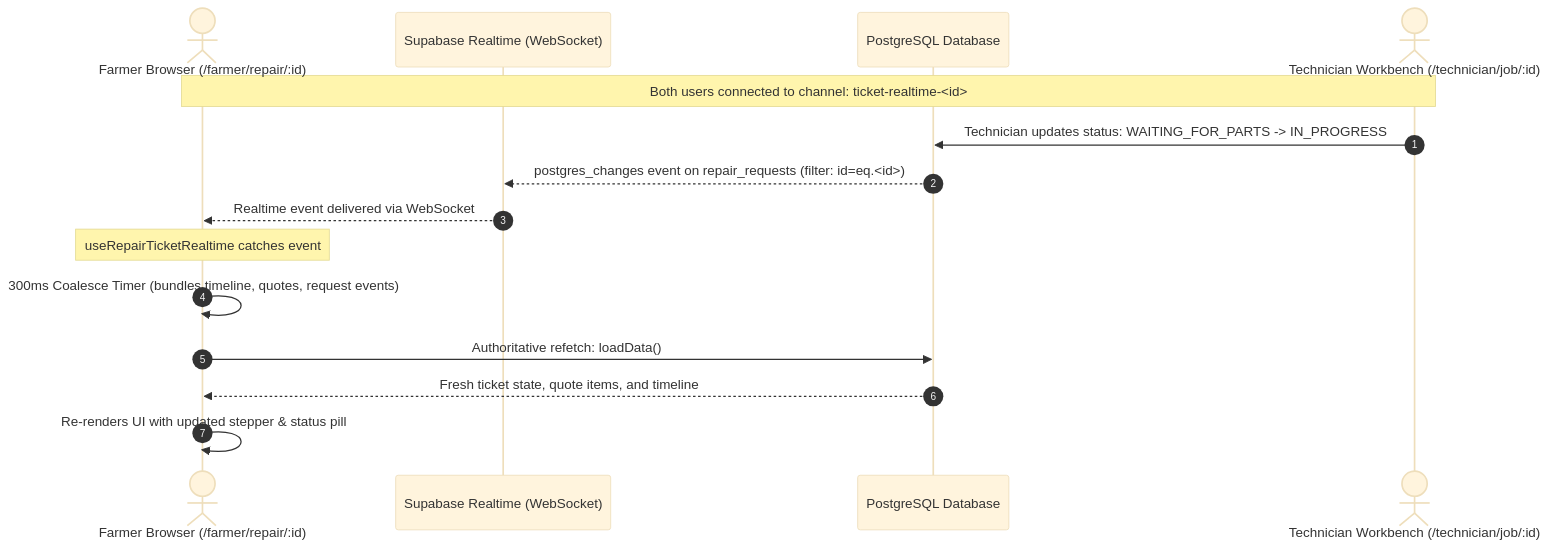
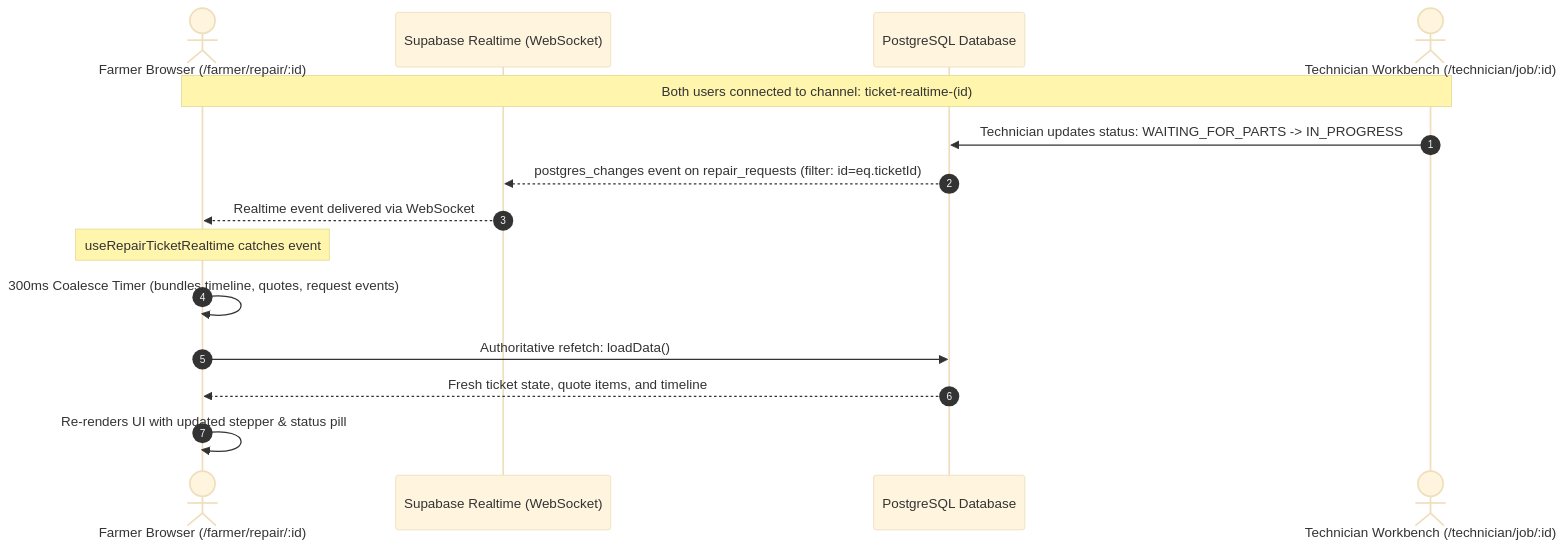
The eighth of 8 diagrams in APP_FLOW.md (ankitchamke/TerraByte), drawn with Mermaid (base theme) before and after one commit. The commit also changed 2 other files, not shown here.

Commit message:
docs: fix mermaid diagram syntax for GitHub renderer

````diff
--- a/APP_FLOW.md
+++ b/APP_FLOW.md
@@ -379,18 +379,18 @@
 ```mermaid
 sequenceDiagram
     autonumber
     actor Farmer as Farmer Browser (/farmer/repair/:id)
     participant RT as Supabase Realtime (WebSocket)
     participant DB as PostgreSQL Database
     actor Tech as Technician Workbench (/technician/job/:id)
 
-    Note over Farmer,Tech: Both users connected to channel: ticket-realtime-<id>
+    Note over Farmer,Tech: Both users connected to channel: ticket-realtime-(id)
     Tech->>DB: Technician updates status: WAITING_FOR_PARTS -> IN_PROGRESS
-    DB-->>RT: postgres_changes event on repair_requests (filter: id=eq.<id>)
+    DB-->>RT: postgres_changes event on repair_requests (filter: id=eq.ticketId)
     RT-->>Farmer: Realtime event delivered via WebSocket
     Note over Farmer: useRepairTicketRealtime catches event
     Farmer->>Farmer: 300ms Coalesce Timer (bundles timeline, quotes, request events)
     Farmer->>DB: Authoritative refetch: loadData()
     DB-->>Farmer: Fresh ticket state, quote items, and timeline
     Farmer->>Farmer: Re-renders UI with updated stepper & status pill
 ```
````
